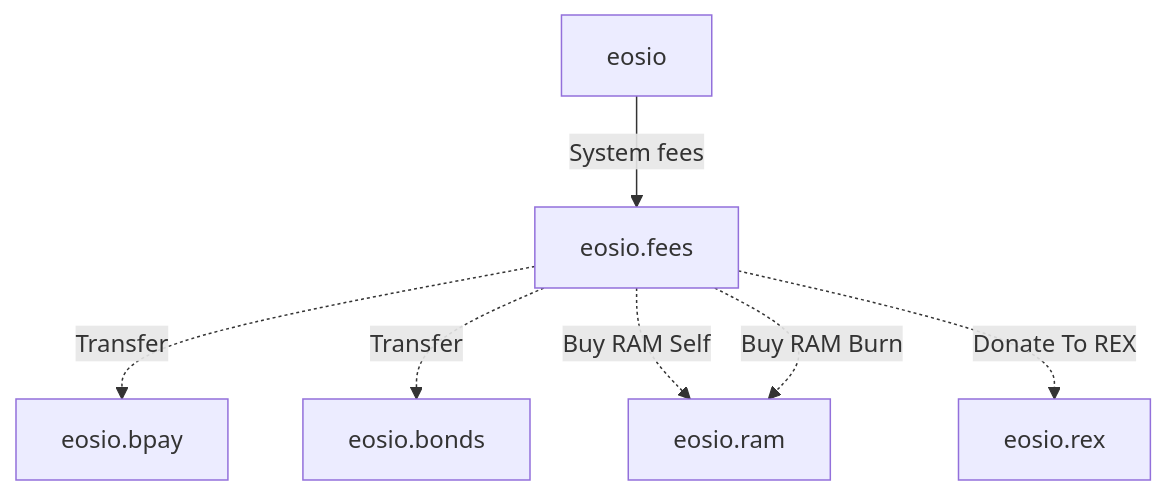
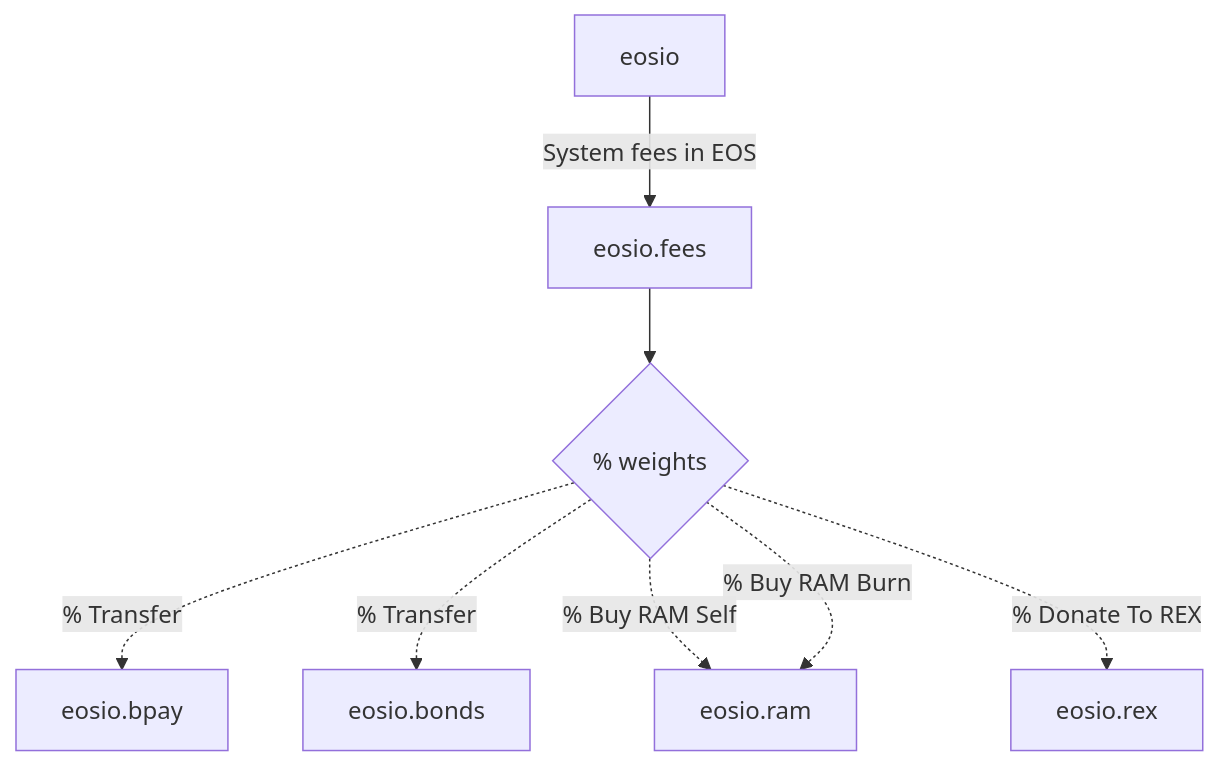
The diagram in README.md (eosnetworkfoundation/eosio.fees), drawn with Mermaid before and after one commit. The commit also changed other lines of this file, not shown here.

Commit message:
update diagram

````diff
--- a/README.md
+++ b/README.md
@@ -7,9 +7,10 @@
 ```mermaid
 graph TD
-    eosio --> |System fees| eosio.fees
-    eosio.fees -.-> |Transfer| eosio.bpay
-    eosio.fees -.-> |Transfer| eosio.bonds
-    eosio.fees -.-> |Buy RAM Self | eosio.ram
-    eosio.fees -.-> |Buy RAM Burn | eosio.ram
-    eosio.fees -.-> |Donate To REX | eosio.rex
+    eosio --> |System fees in EOS| eosio.fees
+    eosio.fees --> weights{% weights}
+    weights -.-> |% Transfer| eosio.bpay
+    weights -.-> |% Transfer| eosio.bonds
+    weights -.-> |% Buy RAM Self | eosio.ram
+    weights -.-> |% Buy RAM Burn | eosio.ram
+    weights -.-> |% Donate To REX | eosio.rex
 ```
````
